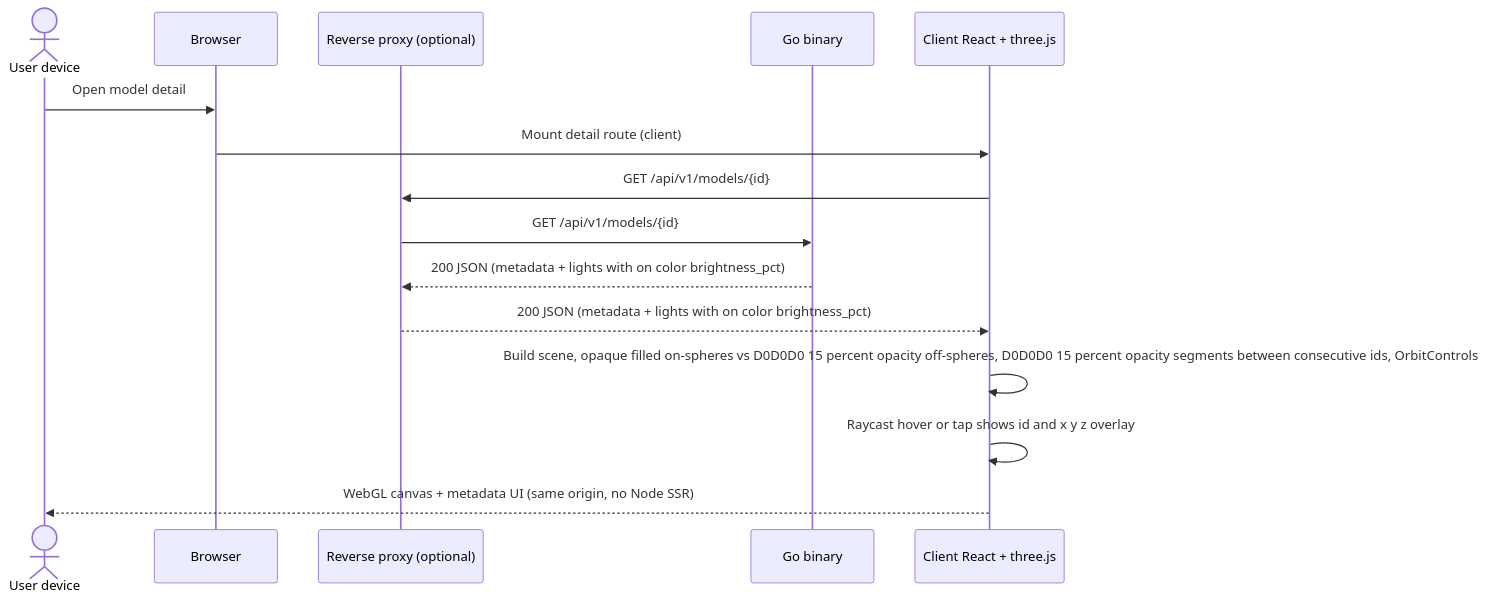
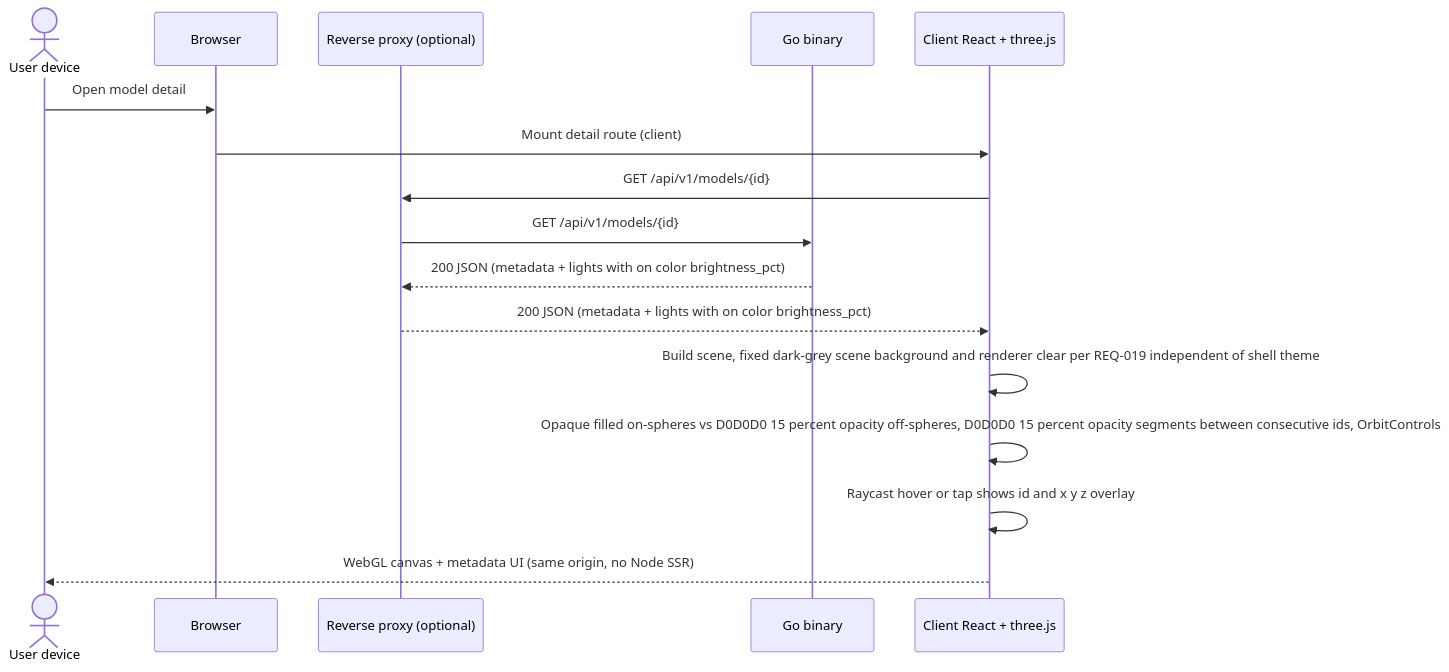
The seventh of 16 diagrams in docs/architecture.md (mudged/dlm), drawn with Mermaid before and after one commit. The commit also changed other lines of this file and 32 other files, not shown here.

````diff
--- a/docs/architecture.md
+++ b/docs/architecture.md
@@ -710,18 +788,19 @@
 ```mermaid
 sequenceDiagram
   actor User as User device
   participant B as Browser
   participant P as Reverse proxy (optional)
   participant G as Go binary
   participant R as Client React + three.js
 
   User->>B: Open model detail
   B->>R: Mount detail route (client)
   R->>P: GET /api/v1/models/{id}
   P->>G: GET /api/v1/models/{id}
   G-->>P: 200 JSON (metadata + lights with on color brightness_pct)
   P-->>R: 200 JSON (metadata + lights with on color brightness_pct)
-  R->>R: Build scene, opaque filled on-spheres vs D0D0D0 15 percent opacity off-spheres, D0D0D0 15 percent opacity segments between consecutive ids, OrbitControls
+  R->>R: Build scene, fixed dark-grey scene background and renderer clear per REQ-019 independent of shell theme
+  R->>R: Opaque filled on-spheres vs D0D0D0 15 percent opacity off-spheres, D0D0D0 15 percent opacity segments between consecutive ids, OrbitControls
   R->>R: Raycast hover or tap shows id and x y z overlay
   R-->>User: WebGL canvas + metadata UI (same origin, no Node SSR)
 ```
````
